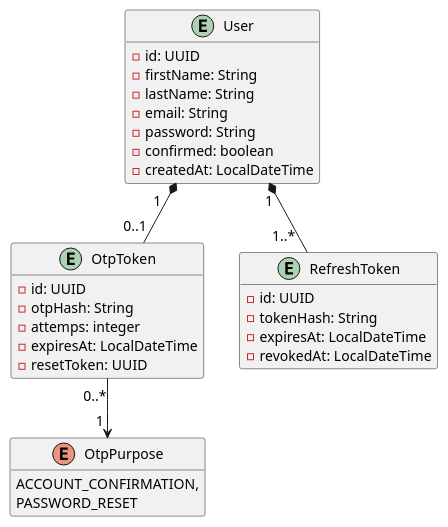
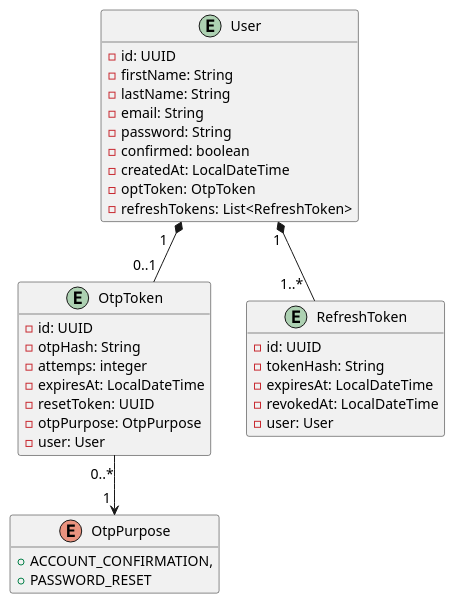
The diagram in assets/Identity_diagram.puml (ArmandoEnrique1010K/TrelloMicroservices), drawn with PlantUML before and after one commit. The commit also changed 6 other files, not shown here.

Commit message:
Actualice los diagramas UML de los 3 microservicios

```diff
--- a/assets/Identity_diagram.puml
+++ b/assets/Identity_diagram.puml
@@ -1,48 +1,53 @@
 @startuml Identity
 ' Oculta todos los métodos de todas las clases
 hide methods
 ' Tamaño de texto de los indices de multiplicidad
 skinparam ArrowFontSize 14
 
 entity User {
     - id: UUID
     - firstName: String
     - lastName: String
     - email: String
     - password: String
     - confirmed: boolean
     - createdAt: LocalDateTime
+    - optToken: OtpToken
+    - refreshTokens: List<RefreshToken>
 }
 
 entity OtpToken {
     - id: UUID
     - otpHash: String
     - attemps: integer
     - expiresAt: LocalDateTime
     - resetToken: UUID
+    - otpPurpose: OtpPurpose
+    - user: User
 }
 
 entity RefreshToken {
     - id: UUID
     - tokenHash: String
     - expiresAt: LocalDateTime
     - revokedAt: LocalDateTime
+    - user: User
 }
 
 enum OtpPurpose {
-    ACCOUNT_CONFIRMATION,
-    PASSWORD_RESET
+    + ACCOUNT_CONFIRMATION,
+    + PASSWORD_RESET
 }
 
 'Se utiliza 1..* para indicar "uno a muchos", no se utiliza 1..n
 'El asterisco * va del lado de la clase "dueña" o contenedora.
 User "  1" *-- "1..*  " RefreshToken
 
 'El rombo relleno (*) indica que si el usuario se elimina, sus tokens asociados (RefreshToken y OtpToken) también se destruyen (Relación de Composición).
 User "1   " *-- "0..1" OtpToken
 
 'La flecha --> indica una relación de Navigabilidad Unidireccional (o simplemente asociación dirigida)
 'Muchos tokens (0..*) apuntan a un solo propósito (1).
 OtpToken "0..*" --> "1 " OtpPurpose
 
 @enduml
```
